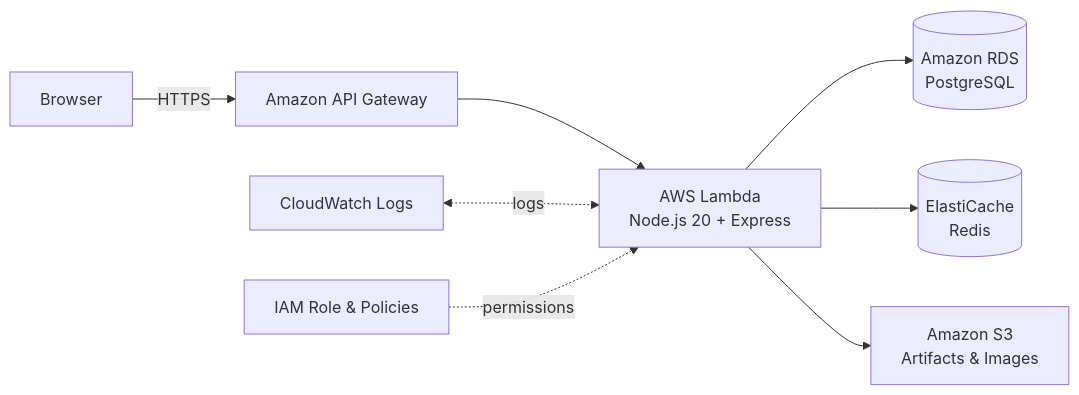
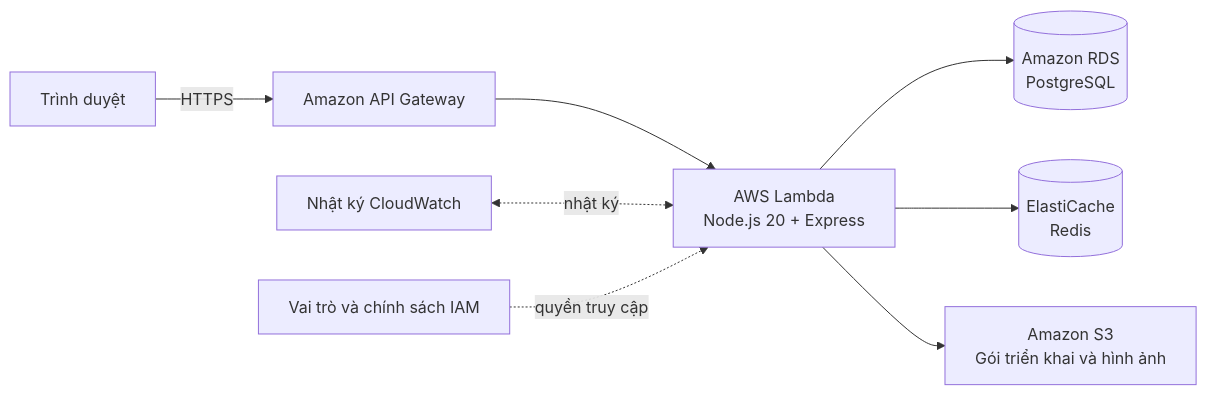
Before and after one commit to truccaokhuong/WorkBlogAWS: the first of 2 diagrams in content/5-Workshop/5.2-Prerequiste/_index.vi.md, drawn with Mermaid. The commit also changed other lines of this file and 33 other files, not shown here.

````diff
--- a/content/5-Workshop/5.2-Prerequiste/_index.vi.md
+++ b/content/5-Workshop/5.2-Prerequiste/_index.vi.md
@@ -17,10 +17,10 @@
 ```mermaid
 flowchart LR
-  U[Browser] -->|HTTPS| API[Amazon API Gateway]
+  U[Trình duyệt] -->|HTTPS| API[Amazon API Gateway]
   API --> L[AWS Lambda<br/>Node.js 20 + Express]
   L --> RDS[(Amazon RDS<br/>PostgreSQL)]
   L --> REDIS[(ElastiCache<br/>Redis)]
-  L --> S3[Amazon S3<br/>Artifacts & Images]
-  CW[CloudWatch Logs] <-. logs .-> L
-  IAM[IAM Role & Policies] -. permissions .-> L
+  L --> S3[Amazon S3<br/>Gói triển khai và hình ảnh]
+  CW[Nhật ký CloudWatch] <-. nhật ký .-> L
+  IAM[Vai trò và chính sách IAM] -. quyền truy cập .-> L
 ```
````
